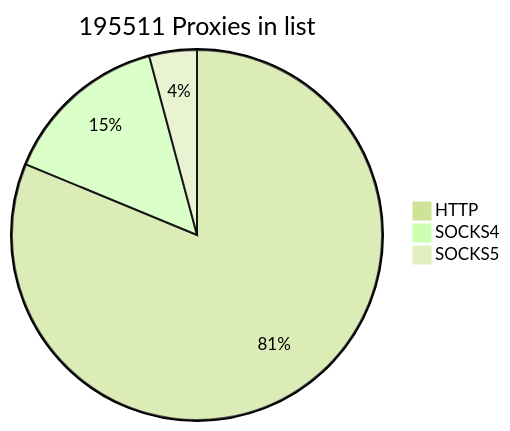
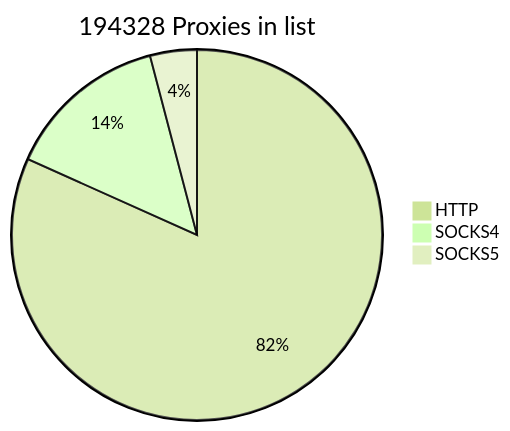
One commit to cutipu/proxylist changed the first of 2 diagrams in README.md. Above: the diagram before and after it, drawn with Mermaid (forest theme). The commit also changed other lines of this file, not shown here.

````diff
--- a/README.md
+++ b/README.md
@@ -2,7 +2,7 @@
 ```mermaid
-pie title 195511 Proxies in list
-    "HTTP" : 158819
-    "SOCKS4" : 28562
-    "SOCKS5" : 8130
+pie title 194328 Proxies in list
+    "HTTP" : 158792
+    "SOCKS4" : 27600
+    "SOCKS5" : 7936
             
 ```
````
